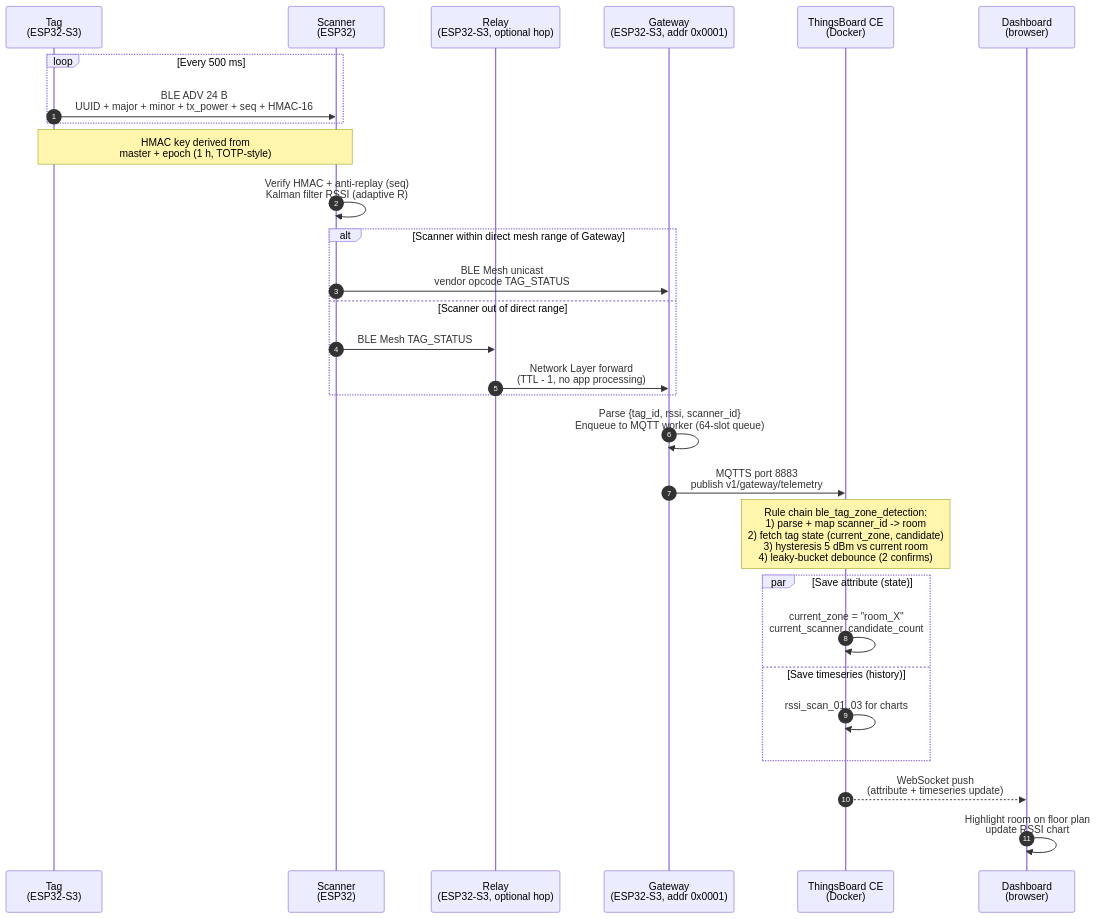
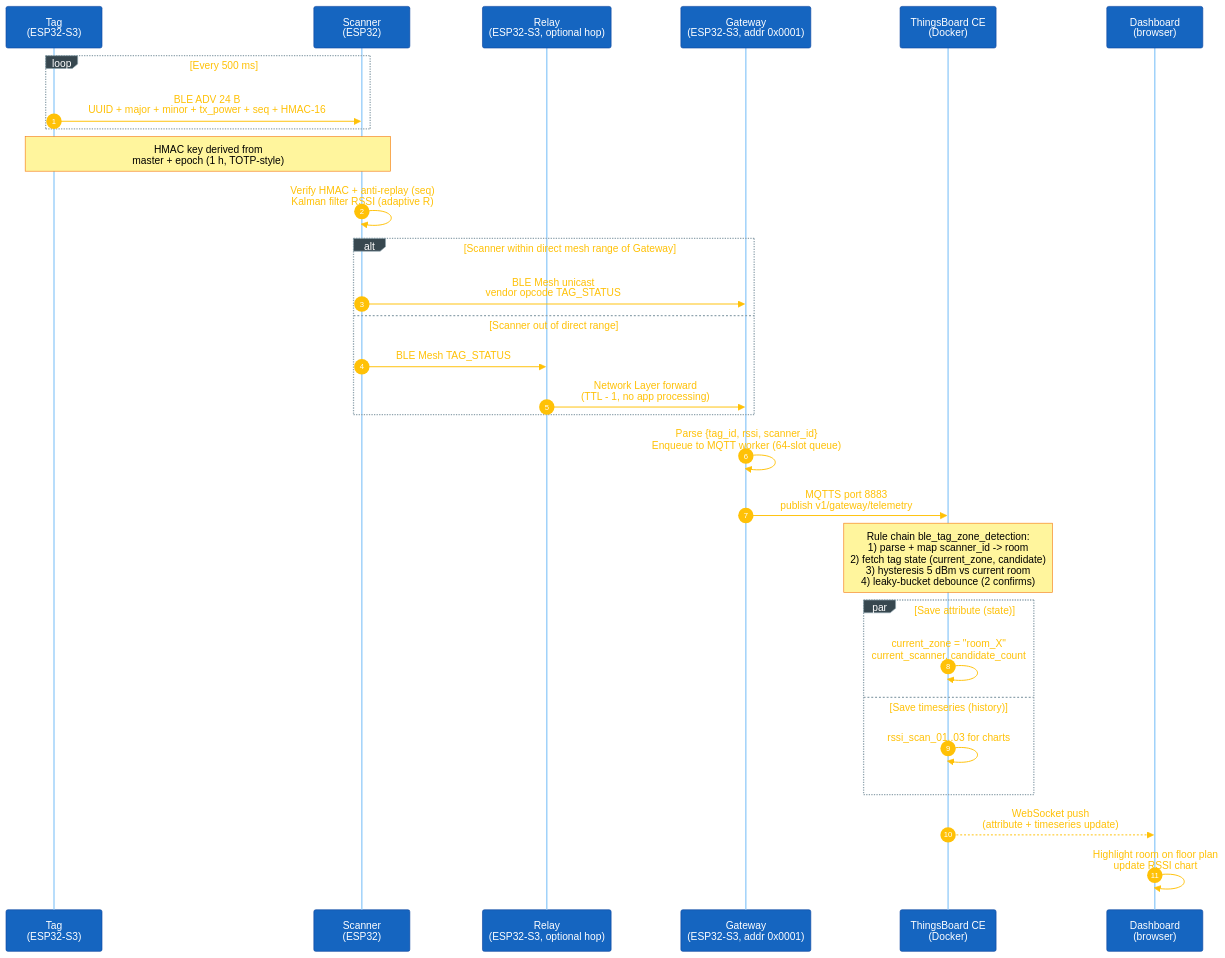
Before and after one commit to caotrongphuoc/ble-mesh-tracking: the diagram in README.md, drawn with Mermaid.

Commit message:
[DOCS] restore custom mermaid theme in README data-flow diagram

````diff
--- a/README.md
+++ b/README.md
@@ -67,38 +67,39 @@
 ```mermaid
+%%{init: {'theme':'base','themeVariables':{'fontSize':'18px','primaryColor':'#1565c0','primaryTextColor':'#ffffff','primaryBorderColor':'#0d47a1','lineColor':'#90a4ae','signalColor':'#ffc107','signalTextColor':'#ffc107','actorBkg':'#1565c0','actorBorder':'#0d47a1','actorTextColor':'#ffffff','actorLineColor':'#90caf9','noteBkgColor':'#fff59d','noteTextColor':'#000000','noteBorderColor':'#f57f17','activationBkgColor':'#66bb6a','activationBorderColor':'#2e7d32','sequenceNumberColor':'#ffffff','loopTextColor':'#ffc107','labelBoxBkgColor':'#37474f','labelBoxBorderColor':'#90a4ae','labelTextColor':'#ffffff'},'sequence':{'actorMargin':90,'messageFontSize':16,'noteFontSize':14,'actorFontSize':16,'boxMargin':12,'boxTextMargin':6,'noteMargin':10,'useMaxWidth':true}}}%%
 sequenceDiagram
     autonumber
     participant T as Tag<br/>(ESP32-S3)
     participant S as Scanner<br/>(ESP32)
     participant R as Relay<br/>(ESP32-S3, optional hop)
     participant G as Gateway<br/>(ESP32-S3, addr 0x0001)
     participant TB as ThingsBoard CE<br/>(Docker)
     participant D as Dashboard<br/>(browser)
 
     loop Every 500 ms
         T->>S: BLE ADV 24 B<br/>UUID + major + minor + tx_power + seq + HMAC-16
     end
     Note over T,S: HMAC key derived from<br/>master + epoch (1 h, TOTP-style)
 
     S->>S: Verify HMAC + anti-replay (seq)<br/>Kalman filter RSSI (adaptive R)
 
     alt Scanner within direct mesh range of Gateway
         S->>G: BLE Mesh unicast<br/>vendor opcode TAG_STATUS
     else Scanner out of direct range
         S->>R: BLE Mesh TAG_STATUS
         R->>G: Network Layer forward<br/>(TTL - 1, no app processing)
     end
 
     G->>G: Parse {tag_id, rssi, scanner_id}<br/>Enqueue to MQTT worker (64-slot queue)
     G->>TB: MQTTS port 8883<br/>publish v1/gateway/telemetry
 
     Note over TB: Rule chain ble_tag_zone_detection:<br/>1) parse + map scanner_id -> room<br/>2) fetch tag state (current_zone, candidate)<br/>3) hysteresis 5 dBm vs current room<br/>4) leaky-bucket debounce (2 confirms)
 
     par Save attribute (state)
         TB->>TB: current_zone = "room_X"<br/>current_scanner, candidate_count
     and Save timeseries (history)
         TB->>TB: rssi_scan_01..03 for charts
     end
 
     TB-->>D: WebSocket push<br/>(attribute + timeseries update)
     D->>D: Highlight room on floor plan<br/>update RSSI chart
 ```
````
